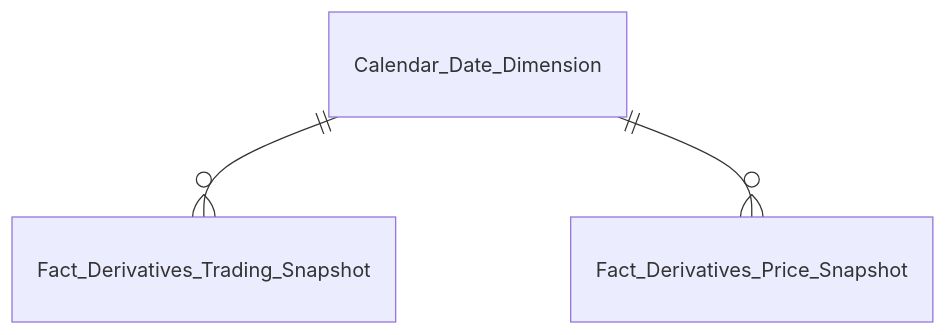
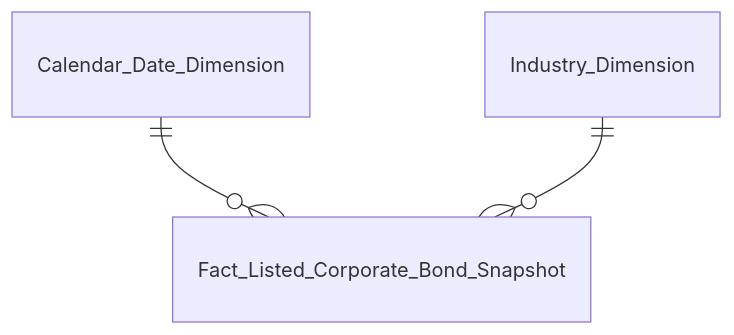
The seventh of 16 diagrams in Datamart/hld/DTM_VP_Entities.md (linhlvit/ubck_atomic_design), drawn with Mermaid before and after one commit. The commit also changed other lines of this file and 25 other files, not shown here.

````diff
--- a/Datamart/hld/DTM_VP_Entities.md
+++ b/Datamart/hld/DTM_VP_Entities.md
@@ -84,5 +121,5 @@
 ```mermaid
 erDiagram
-    Calendar_Date_Dimension ||--o{ Fact_Derivatives_Trading_Snapshot : " "
-    Calendar_Date_Dimension ||--o{ Fact_Derivatives_Price_Snapshot : " "
+    Calendar_Date_Dimension ||--o{ Fact_Listed_Corporate_Bond_Snapshot : " "
+    Industry_Dimension ||--o{ Fact_Listed_Corporate_Bond_Snapshot : " "
 ```
````
